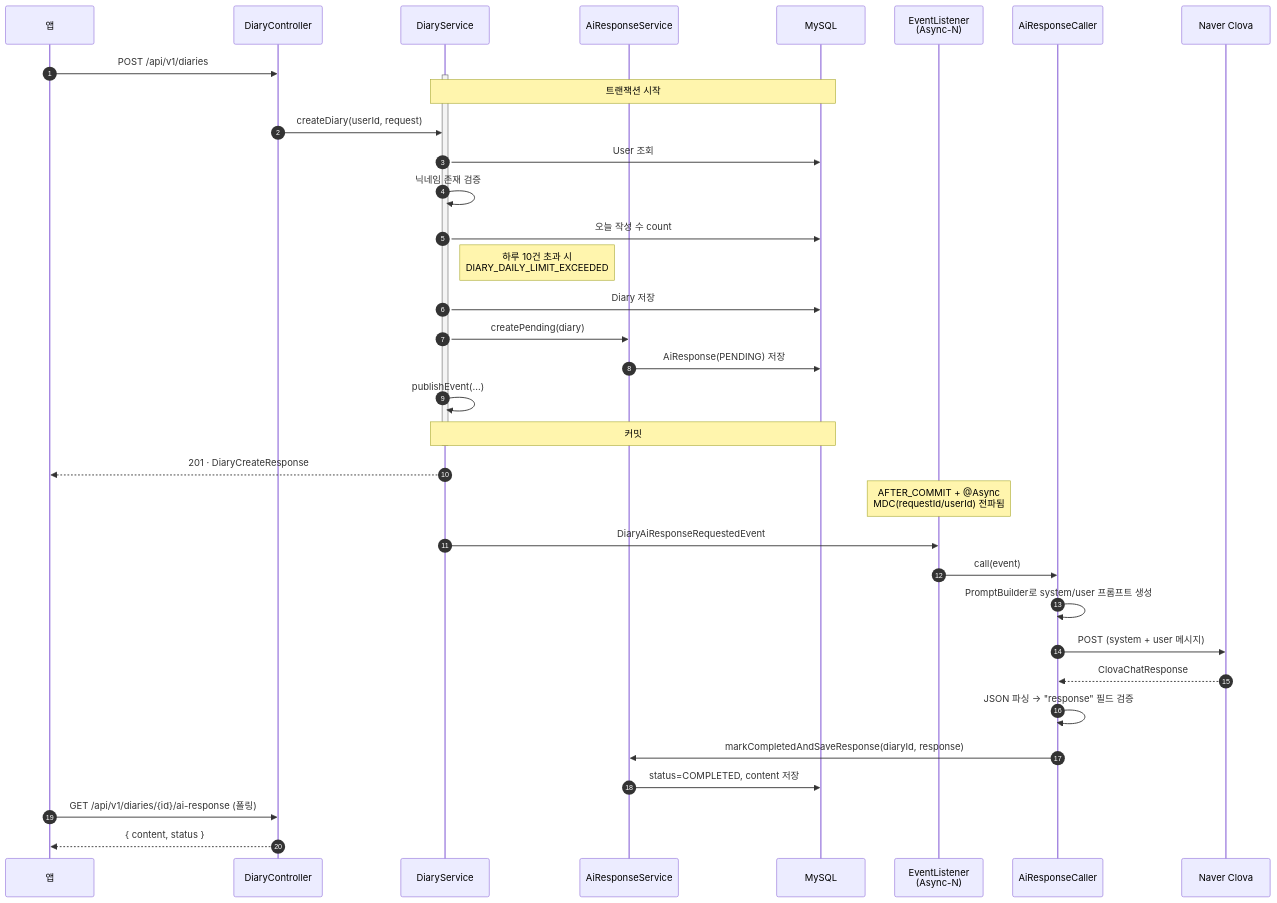
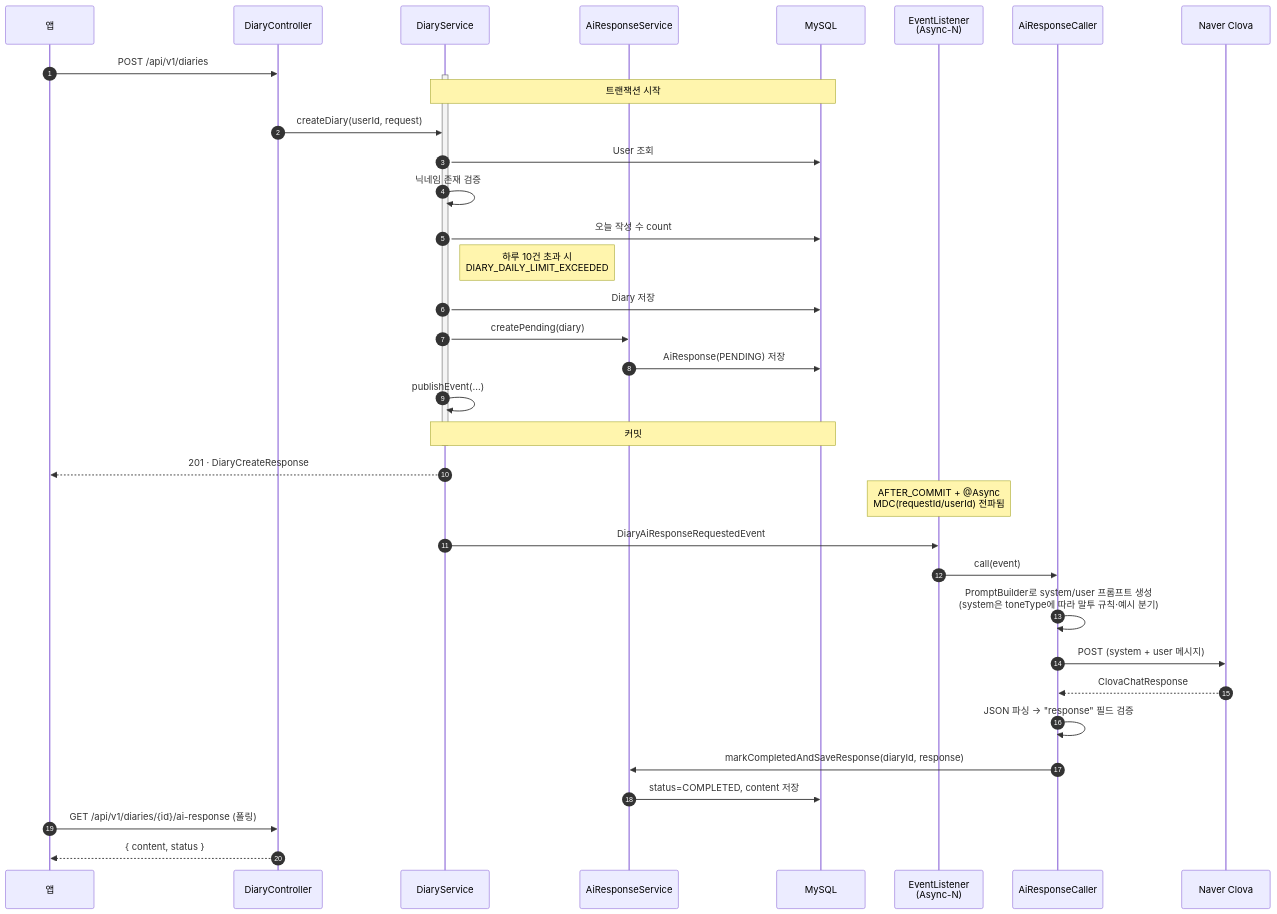
The fourth of 8 diagrams in docs/architecture.md (hearu-application/backend), drawn with Mermaid before and after one commit. The commit also changed other lines of this file and 7 other files, not shown here.

````diff
--- a/docs/architecture.md
+++ b/docs/architecture.md
@@ -144,41 +146,41 @@
 ```mermaid
 sequenceDiagram
     autonumber
     participant C as 앱
     participant DC as DiaryController
     participant DS as DiaryService
     participant AS as AiResponseService
     participant DB as MySQL
     participant L as EventListener<br/>(Async-N)
     participant AC as AiResponseCaller
     participant LLM as Naver Clova
 
     C->>DC: POST /api/v1/diaries
     activate DS
     Note over DS,DB: 트랜잭션 시작
     DC->>DS: createDiary(userId, request)
     DS->>DB: User 조회
     DS->>DS: 닉네임 존재 검증
     DS->>DB: 오늘 작성 수 count
     Note right of DS: 하루 10건 초과 시<br/>DIARY_DAILY_LIMIT_EXCEEDED
     DS->>DB: Diary 저장
     DS->>AS: createPending(diary)
     AS->>DB: AiResponse(PENDING) 저장
     DS->>DS: publishEvent(...)
     Note over DS,DB: 커밋
     deactivate DS
     DS-->>C: 201 · DiaryCreateResponse
 
     Note over L: AFTER_COMMIT + @Async<br/>MDC(requestId/userId) 전파됨
     DS->>L: DiaryAiResponseRequestedEvent
     L->>AC: call(event)
-    AC->>AC: PromptBuilder로 system/user 프롬프트 생성
+    AC->>AC: PromptBuilder로 system/user 프롬프트 생성<br/>(system은 toneType에 따라 말투 규칙·예시 분기)
     AC->>LLM: POST (system + user 메시지)
     LLM-->>AC: ClovaChatResponse
     AC->>AC: JSON 파싱 → "response" 필드 검증
     AC->>AS: markCompletedAndSaveResponse(diaryId, response)
     AS->>DB: status=COMPLETED, content 저장
 
     C->>DC: GET /api/v1/diaries/{id}/ai-response (폴링)
     DC-->>C: { content, status }
 ```
````
